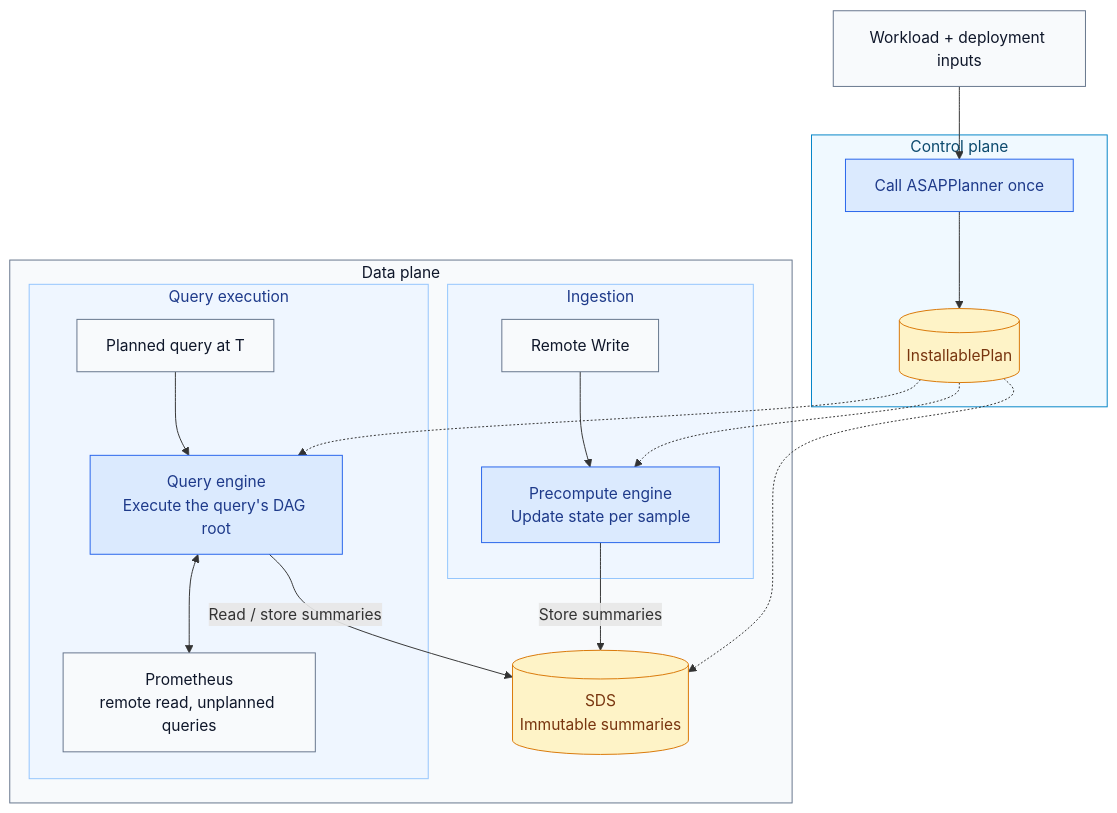
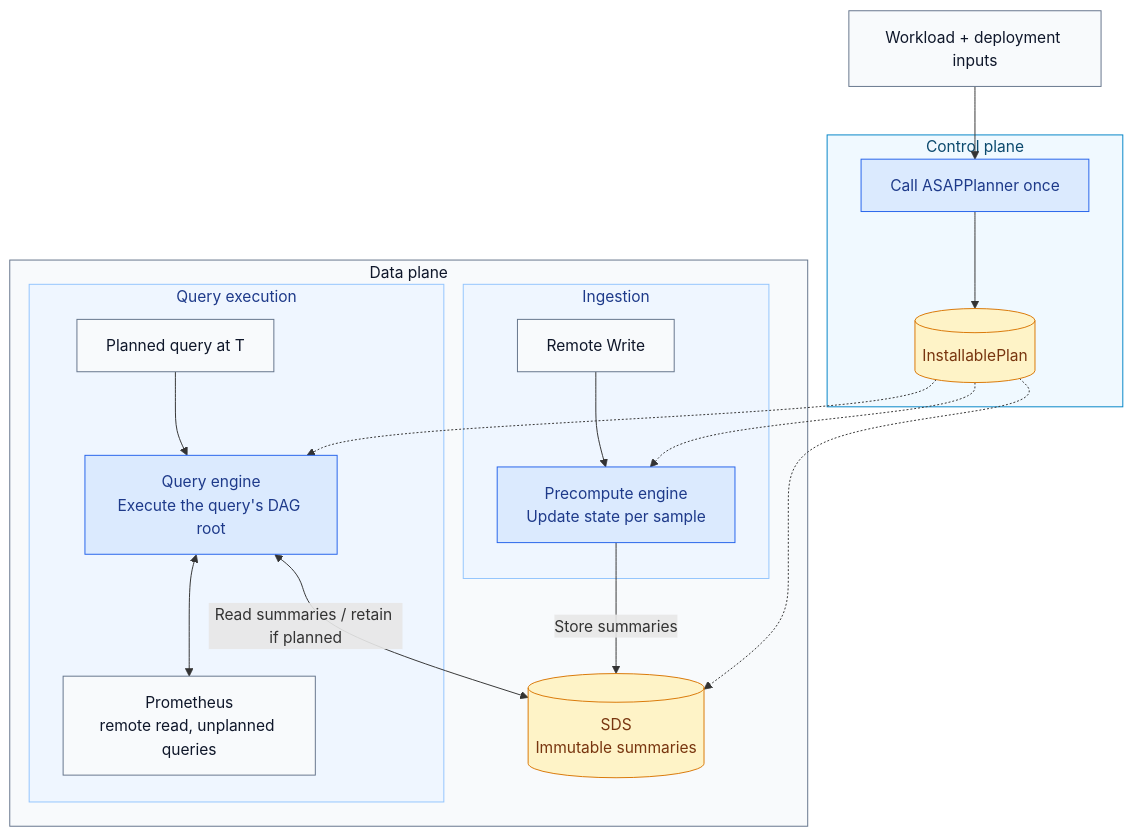
Before and after one commit to ProjectASAP/ASAPQuery-backend: the diagram in docs/design/backend-on-planner-physical-dag.md, drawn with Mermaid.

Commit message:
docs: show bidirectional query-engine summary access

````diff
--- a/docs/design/backend-on-planner-physical-dag.md
+++ b/docs/design/backend-on-planner-physical-dag.md
@@ -11,33 +11,33 @@
 ```mermaid
 flowchart TB
   W[Workload + deployment inputs] --> PL
   subgraph CP[Control plane]
     PL[Call ASAPPlanner once] --> P[(InstallablePlan)]
   end
   subgraph DP[Data plane]
     subgraph ING[Ingestion]
       RW[Remote Write] --> PE[Precompute engine<br/>Update state per sample]
     end
     subgraph QUERY[Query execution]
       Q[Planned query at T] --> QE[Query engine<br/>Execute the query's DAG root]
       QE <--> PROM[Prometheus<br/>remote read, unplanned queries]
     end
     PE -->|Store summaries| SDS[(SDS<br/>Immutable summaries)]
-    QE -->|Read / store summaries| SDS
+    QE <-->|Read summaries / retain if planned| SDS
   end
 
   P -.-> PE
   P -.-> QE
   P -.-> SDS
 
   classDef input fill:#f8fafc,stroke:#64748b,color:#0f172a
   classDef engine fill:#dbeafe,stroke:#2563eb,color:#1e3a8a
   classDef storage fill:#fef3c7,stroke:#d97706,color:#78350f
   class W,RW,Q,PROM input
   class PL,PE,QE engine
   class P,SDS storage
   style CP fill:#f0f9ff,stroke:#0284c7,color:#0c4a6e
   style DP fill:#f8fafc,stroke:#64748b,color:#0f172a
   style ING fill:#eff6ff,stroke:#93c5fd,color:#1e3a8a
   style QUERY fill:#eff6ff,stroke:#93c5fd,color:#1e3a8a
 ```
````
